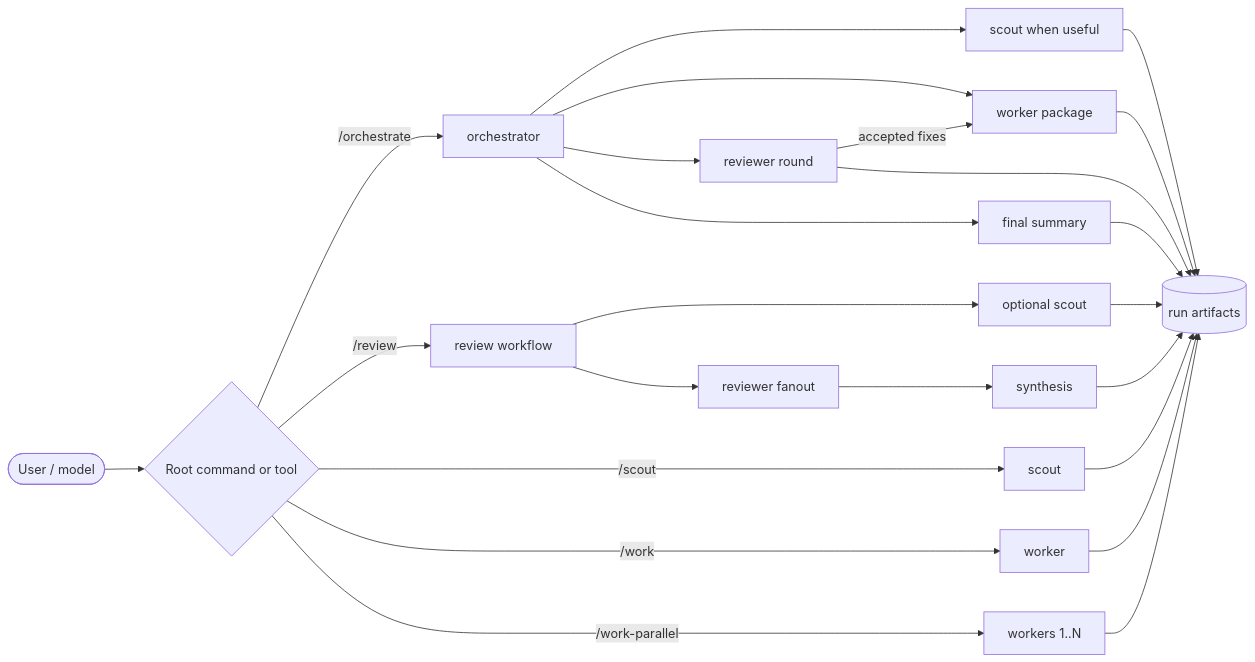
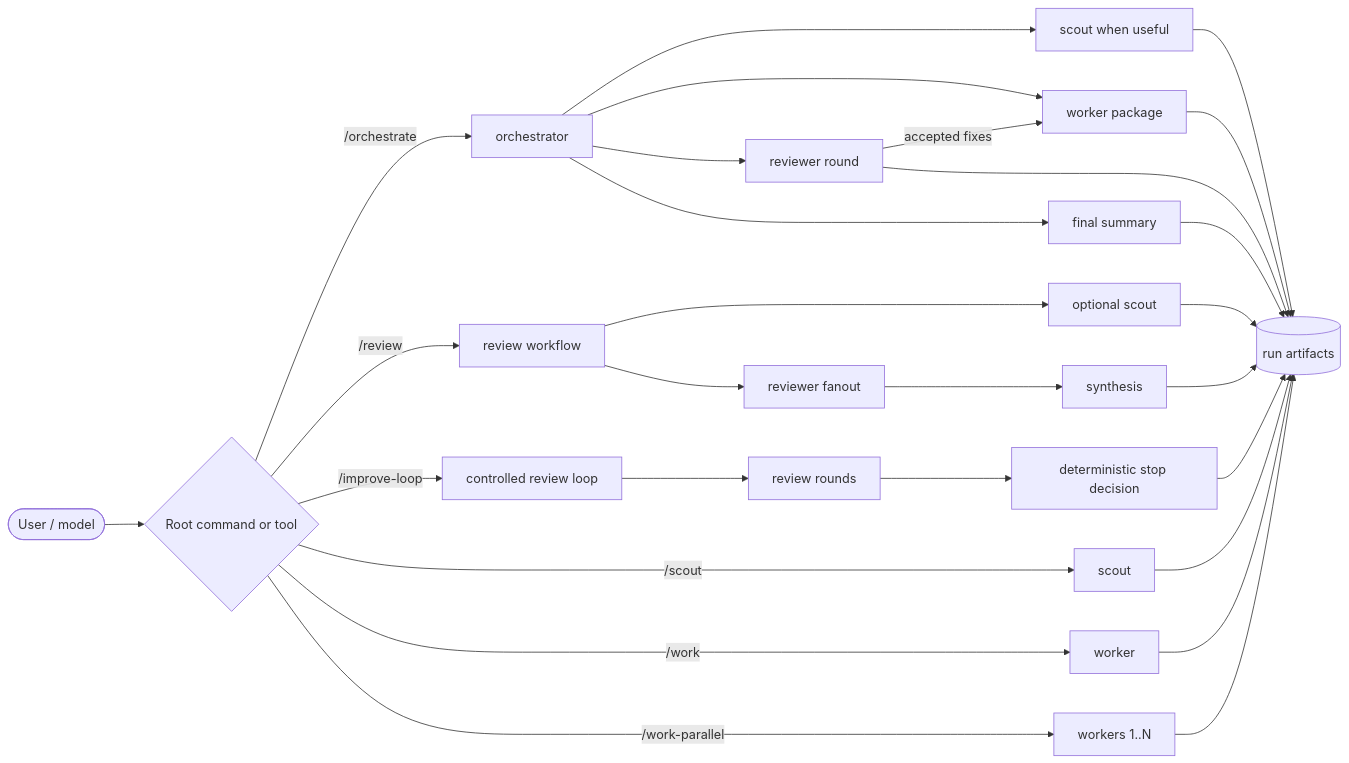
Before and after one commit to SkipXS/pi-simple-subagents: the first of 4 diagrams in README.md, drawn with Mermaid. The commit also changed other lines of this file and 6 other files, not shown here.

Commit message:
Add controlled improvement review loop

````diff
--- a/README.md
+++ b/README.md
@@ -16,30 +16,35 @@
 ```mermaid
 flowchart LR
   User([User / model]) --> Root{Root command or tool}
 
   Root -->|/orchestrate| O[orchestrator]
   O --> OS[scout when useful]
   O --> OW[worker package]
   O --> OR[reviewer round]
   OR -->|accepted fixes| OW
   O --> OF[final summary]
 
   Root -->|/review| RF[review workflow]
   RF --> RS[optional scout]
   RF --> RR[reviewer fanout]
   RR --> SYN[synthesis]
 
+  Root -->|/improve-loop| IL[controlled review loop]
+  IL --> ILR[review rounds]
+  ILR --> ILD[deterministic stop decision]
+
   Root -->|/scout| S[scout]
   Root -->|/work| W[worker]
   Root -->|/work-parallel| WP[workers 1..N]
 
   OS --> Artifacts[(run artifacts)]
   OW --> Artifacts
   OR --> Artifacts
   OF --> Artifacts
   RS --> Artifacts
   SYN --> Artifacts
+  ILD --> Artifacts
   S --> Artifacts
   W --> Artifacts
   WP --> Artifacts
 ```
````
